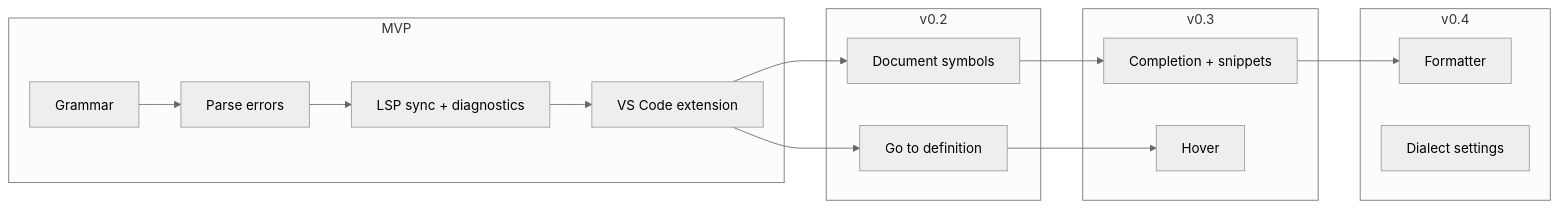
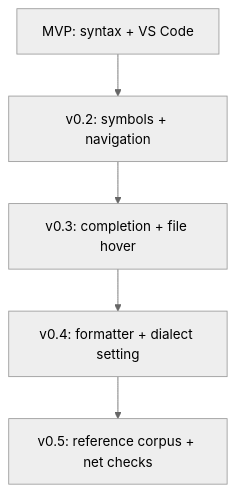
One commit to amirhosseindavoody/spice-lsp changed the diagram in docs/4_architecture.md. Above: the diagram before and after it, drawn with Mermaid (neutral theme). The commit also changed other lines of this file and 10 other files, not shown here.

First line of the commit message:
Document dialect reference corpus and net connectivity (v0.5)

````diff
--- a/docs/4_architecture.md
+++ b/docs/4_architecture.md
@@ -110,25 +127,10 @@
 ```mermaid
-flowchart LR
-    subgraph MVP
-        A[Grammar] --> B[Parse errors]
-        B --> C[LSP sync + diagnostics]
-        C --> D[VS Code extension]
-    end
-    subgraph v0.2
-        E[Document symbols]
-        F[Go to definition]
-    end
-    subgraph v0.3
-        G[Completion + snippets]
-        H[Hover]
-    end
-    subgraph v0.4
-        I[Formatter]
-        J[Dialect settings]
-    end
-    D --> E
-    D --> F
-    E --> G
-    F --> H
-    G --> I
+flowchart TD
+    MVP[MVP: syntax + VS Code]
+    V02[v0.2: symbols + navigation]
+    V03[v0.3: completion + file hover]
+    V04[v0.4: formatter + dialect setting]
+    V05[v0.5: reference corpus + net checks]
+
+    MVP --> V02 --> V03 --> V04 --> V05
 ```
````
